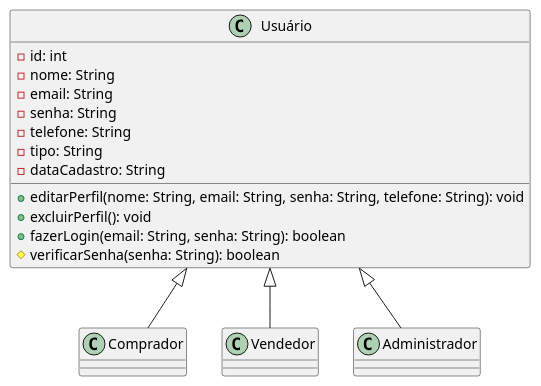
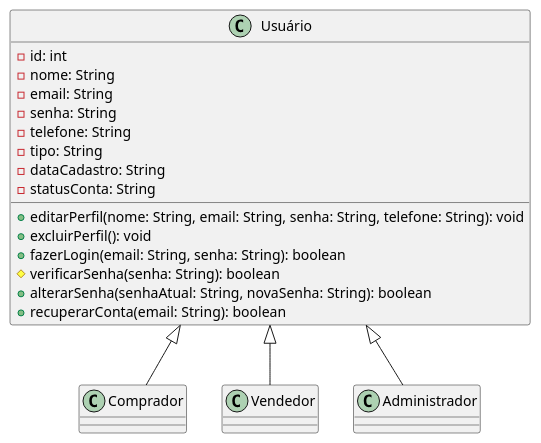
Before and after one commit to guilhermeoliveirateo/sistema-compra-venda-veiculos: the diagram in classes.md, drawn with PlantUML.

````diff
--- a/classes.md
+++ b/classes.md
@@ -9,37 +9,40 @@
 ``` plantuml
 @startuml 
 
 class Usuário {
 -id: int
 -nome: String
 -email: String
 -senha: String
 -telefone: String
 -tipo: String
 -dataCadastro: String
+-statusConta: String
 
 +editarPerfil(nome: String, email: String, senha: String, telefone: String): void
 +excluirPerfil(): void
 +fazerLogin(email: String, senha: String): boolean
 #verificarSenha(senha: String): boolean
++alterarSenha(senhaAtual: String, novaSenha: String): boolean
++recuperarConta(email: String): boolean
 
 }
 
 class Comprador {
 
 }
 
 class Vendedor {
 
 }
 
 class Administrador {
 
 }
 
 Usuário <|-- Comprador
 Usuário <|-- Vendedor
 Usuário <|-- Administrador
  
 @enduml
 ```
````
